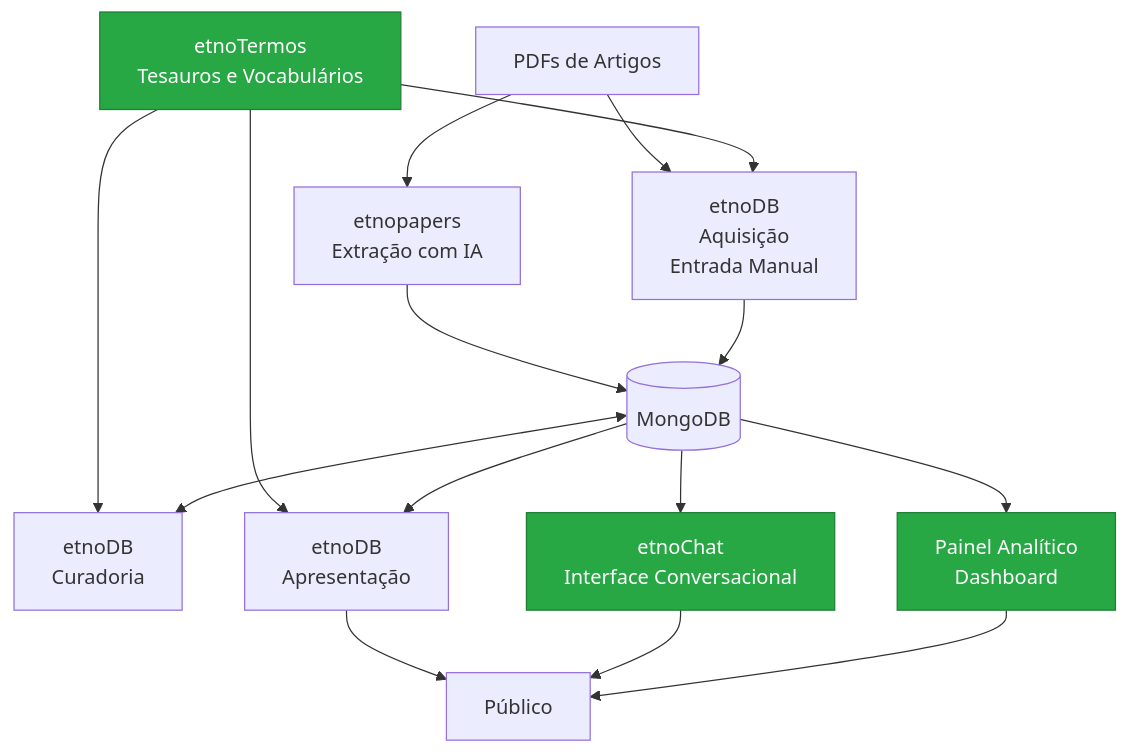
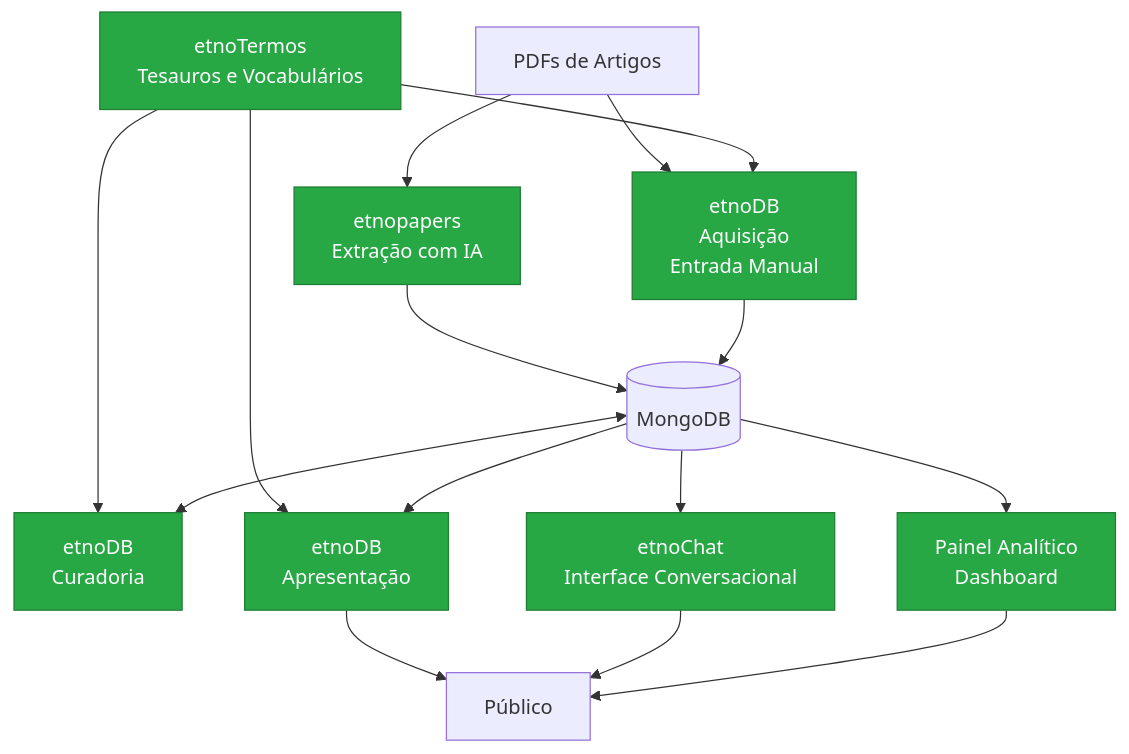
One commit to edalcin/Arquitetura-BioCultural changed the second of 4 diagrams in README.md. Above: the diagram before and after it, drawn with Mermaid.

Commit message:
Add styles for ED_ACQ, ED_CUR, and ED_PUB

````diff
--- a/README.md
+++ b/README.md
@@ -282,25 +282,29 @@
 ```mermaid
 graph TB
     PDF[PDFs de Artigos] --> EP[etnopapers<br/>Extração com IA]
     PDF --> ED_ACQ[etnoDB<br/>Aquisição<br/> Entrada Manual]
 
     EP --> MONGO[(MongoDB)]
     ED_ACQ --> MONGO
 
     ET[etnoTermos<br/>Tesauros e Vocabulários] --> ED_ACQ
     ET --> ED_CUR
     ET --> ED_PUB
 
     MONGO <--> ED_CUR[etnoDB<br/>Curadoria]
     MONGO --> ED_PUB[etnoDB<br/>Apresentação]
     MONGO --> CHAT[etnoChat<br/>Interface Conversacional]
     MONGO --> DASH[Painel Analítico<br/>Dashboard]
 
     ED_PUB --> PUB[Público]
     CHAT --> PUB
     DASH --> PUB
 
+	style ED_ACQ fill:#28a745,stroke:#1e7e34,color:#ffffff
+	style ED_CUR fill:#28a745,stroke:#1e7e34,color:#ffffff
+	style ED_PUB fill:#28a745,stroke:#1e7e34,color:#ffffff
     style ET fill:#28a745,stroke:#1e7e34,color:#ffffff
+	style EP fill:#28a745,stroke:#1e7e34,color:#ffffff
     style CHAT fill:#28a745,stroke:#1e7e34,color:#ffffff
     style DASH fill:#28a745,stroke:#1e7e34,color:#ffffff
 ```
````
